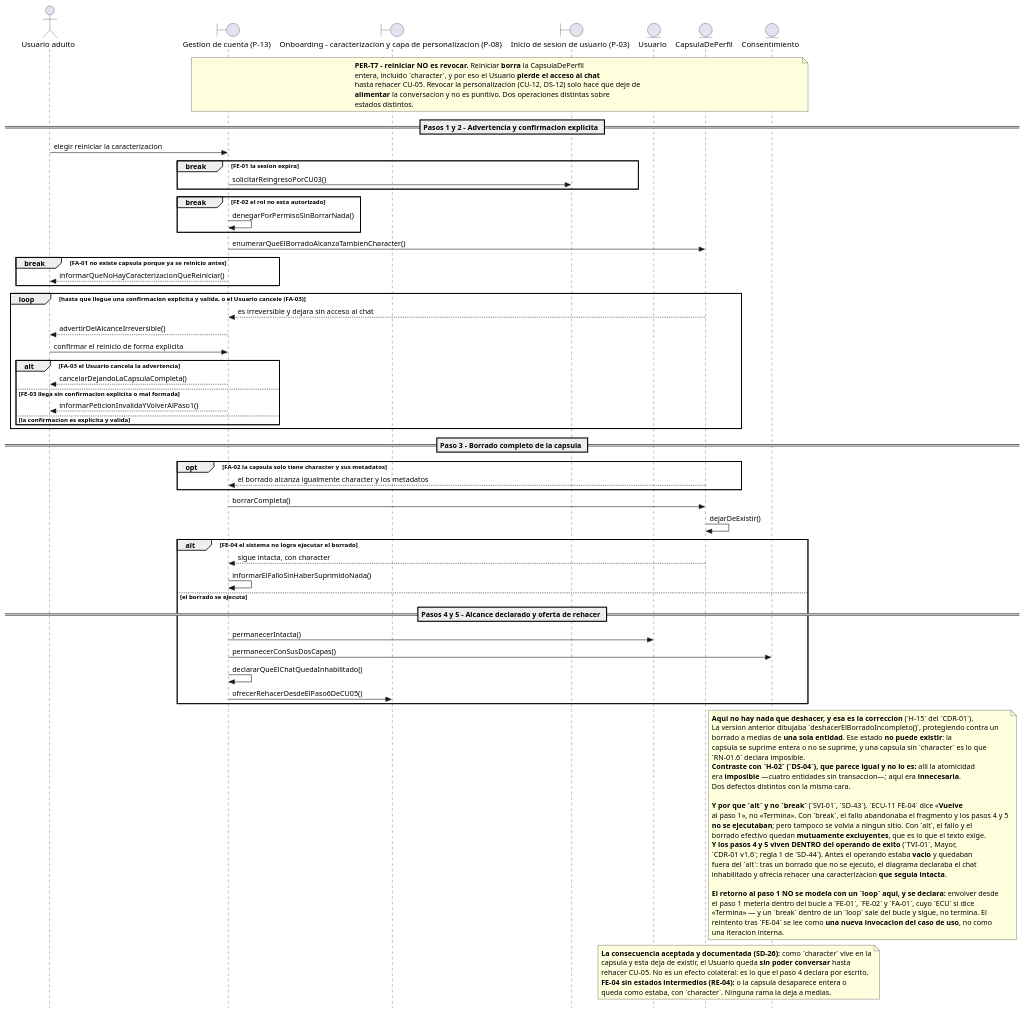
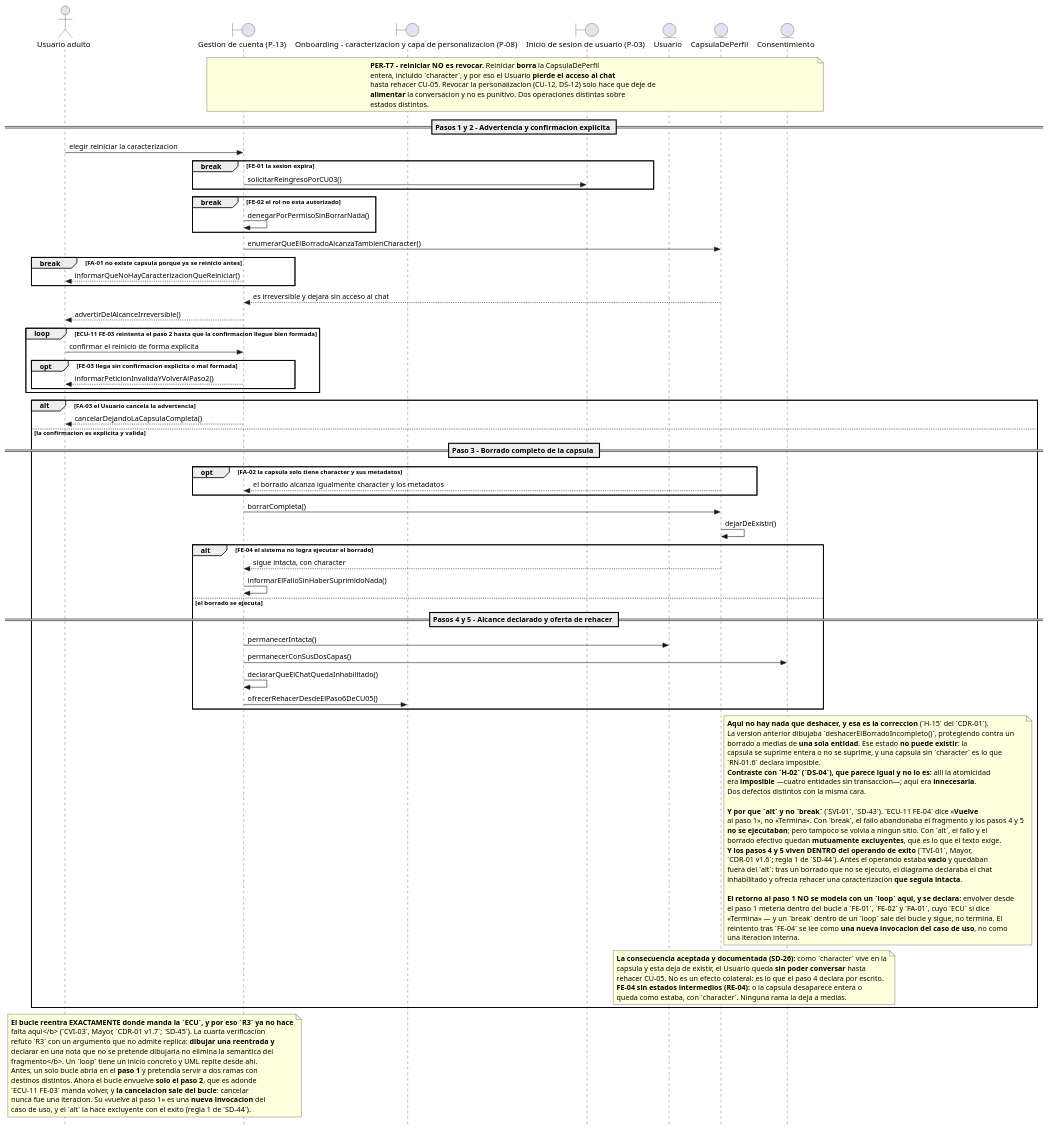
Before and after one commit to jonatan8254/alan-aura-academico: the diagram in docs/07_casos_uso/secuencia/puml/DS-11_secuencia_reiniciar_la_caracterizacion.puml, drawn with PlantUML. The commit also changed 39 other files, not shown here.

```diff
--- a/docs/07_casos_uso/secuencia/puml/DS-11_secuencia_reiniciar_la_caracterizacion.puml
+++ b/docs/07_casos_uso/secuencia/puml/DS-11_secuencia_reiniciar_la_caracterizacion.puml
@@ -1,142 +1,163 @@
 @startuml
 ' DS-11 - Secuencia de CU-11 «Reiniciar la caracterizacion»
+' v1.5 (CVI-03 del CDR-01 v1.7, SD-45): CVI-03: el `loop` se acota al paso 2 —adonde manda `ECU-11 FE-03`— y `FA-03` sale a un `alt`. SD-45-H1: la operacion decia el paso equivocado.
+'       R3 ya no hace falta aqui: el bucle reentra donde manda la ECU. La cuarta
+'       verificacion la refuto — dibujar una reentrada y declarar en nota que no se
+'       pretende dibujarla NO elimina la semantica del fragmento.
 ' v1.4 (TVI-01/03/04 del CDR-01 v1.6, SD-44): TVI-01: los pasos 4 y 5 pasan DENTRO del operando de exito de FE-04; la guarda nombra FA-03.
 '       CONVENCION SD-44 — R1: el sufijo de exito vive DENTRO de su operando.
 '       R2: un break dentro de un loop solo vale si lo que sigue al bucle es
 '       limpieza comun. R3: el punto de reentrada es normativo en la ECU y
 '       verificable en el CP; el diagrama NO lo dibuja. R4: la guarda nombra
 '       todas las salidas del bucle. Lo comprueba barrido_desenlaces.py.
 ' v1.3 (SVI-01 del CDR-01 v1.5, SD-43): FA-03 y FE-03 a `alt` dentro de un `loop`, y FE-04 a `alt` (ECU-11: los tres «Vuelve»).
 '       Tercer intento sobre la misma rama, y el primero que lee el DESENLACE de la
 '       ECU en vez de la categoria del flujo. `break` abandonaba; `opt` caia al exito;
 '       `break` otra vez (SD-41) se restauro alegando que la ECU decia «Termina», lo
 '       cual es FALSO. Y `loop` + `alt` (SD-43) tampoco bastaba: la TERCERA verificacion
 '       (TVI-01/02, CDR-01 v1.6) mostro que el operando de exito quedaba VACIO y la
 '       continuacion FUERA del alt, asi que el sufijo de exito se ejecutaba igual.
 '       SD-44 fija la convencion: el sufijo de exito vive DENTRO de su operando, y el
 '       punto exacto de reentrada es normativo en la ECU y verificable en el CP — el
 '       diagrama NO pretende dibujarlo. Los break legitimos quedan fuera del loop; dentro
 '       saldrian del
 '       bucle y seguirian ejecutando, en vez de terminar.
 ' v1.2 (VI-01 del CDR-01 v1.4, SD-41): FA-03, FE-03 y FE-04 vuelven de opt a BREAK.
 '       Criterio: estan a profundidad 0 —el fragmento envolvente es la interaccion
 '       entera— y su fila de ECU declara que el remanente NO se ejecuta. En UML 2.5
 '       `break` ejecuta su operando EN LUGAR DEL RESTO: es esa semantica exacta.
 '       `opt` solo saltaba su cuerpo y el flujo caia al exito.
 '       Consecuencia declarada: para estos casos el `break` ORIGINAL era correcto y
 '       esa parte de H-01 fue un falso positivo. Ver DS-00 §12.
 ' v1.1 (CDR-01): H-01 — FA-03, FE-03 y FE-04 pasan de break a opt.
 '       H-15 — FE-04 deja de deshacer un borrado parcial que sobre UNA entidad no puede existir.
 ' v1.0 (fase de diseno detallado, ICONIX paso 6)
 ' Insumos: DR-11 v2.0 (11 controladores), ECU-11 v2.0, MD-01 v1.4, DCU-01 v2.1,
 '          DIS-00 (P-13; destinos P-08, P-03), PER-01 v1.2 (PER-T7), RN-01.6.
 ' Capa de infraestructura: NO EJECUTADA por decision declarada (E-1 de DS-00).
 
 skinparam style strictuml
 skinparam shadowing false
 skinparam responseMessageBelowArrow true
 
 actor "Usuario adulto" as ACT_Usuario
 boundary "Gestion de cuenta (P-13)" as B_PaginaGestionCuenta
 boundary "Onboarding - caracterizacion y capa de personalizacion (P-08)" as B_PantallaCaracterizacion
 boundary "Inicio de sesion de usuario (P-03)" as B_PaginaInicioSesion
 entity "Usuario" as E_Usuario
 entity "CapsulaDePerfil" as E_CapsulaDePerfil
 entity "Consentimiento" as E_Consentimiento
 
 note over B_PaginaGestionCuenta, E_Consentimiento
   <b>PER-T7 - reiniciar NO es revocar.</b> Reiniciar <b>borra</b> la CapsulaDePerfil
   entera, incluido `character`, y por eso el Usuario <b>pierde el acceso al chat</b>
   hasta rehacer CU-05. Revocar la personalizacion (CU-12, DS-12) solo hace que deje de
   <b>alimentar</b> la conversacion y no es punitivo. Dos operaciones distintas sobre
   estados distintos.
 end note
 
 == Pasos 1 y 2 - Advertencia y confirmacion explicita ==
 
 ACT_Usuario -> B_PaginaGestionCuenta : elegir reiniciar la caracterizacion
 
 break FE-01 la sesion expira
   B_PaginaGestionCuenta -> B_PaginaInicioSesion : solicitarReingresoPorCU03()
 end
 
 break FE-02 el rol no esta autorizado
   B_PaginaGestionCuenta -> B_PaginaGestionCuenta : denegarPorPermisoSinBorrarNada()
 end
 
 B_PaginaGestionCuenta -> E_CapsulaDePerfil : enumerarQueElBorradoAlcanzaTambienCharacter()
 
 break FA-01 no existe capsula porque ya se reinicio antes
   B_PaginaGestionCuenta --> ACT_Usuario : informarQueNoHayCaracterizacionQueReiniciar()
 end
 
-loop hasta que llegue una confirmacion explicita y valida, o el Usuario cancele (FA-03)
-  E_CapsulaDePerfil --> B_PaginaGestionCuenta : es irreversible y dejara sin acceso al chat
-  B_PaginaGestionCuenta --> ACT_Usuario : advertirDelAlcanceIrreversible()
+E_CapsulaDePerfil --> B_PaginaGestionCuenta : es irreversible y dejara sin acceso al chat
+B_PaginaGestionCuenta --> ACT_Usuario : advertirDelAlcanceIrreversible()
+
+loop ECU-11 FE-03 reintenta el paso 2 hasta que la confirmacion llegue bien formada
   ACT_Usuario -> B_PaginaGestionCuenta : confirmar el reinicio de forma explicita
 
-  alt FA-03 el Usuario cancela la advertencia
-    B_PaginaGestionCuenta --> ACT_Usuario : cancelarDejandoLaCapsulaCompleta()
-  else FE-03 llega sin confirmacion explicita o mal formada
-    B_PaginaGestionCuenta --> ACT_Usuario : informarPeticionInvalidaYVolverAlPaso1()
-  else la confirmacion es explicita y valida
+  opt FE-03 llega sin confirmacion explicita o mal formada
+    B_PaginaGestionCuenta --> ACT_Usuario : informarPeticionInvalidaYVolverAlPaso2()
   end
 end
 
-== Paso 3 - Borrado completo de la capsula ==
+alt FA-03 el Usuario cancela la advertencia
+  B_PaginaGestionCuenta --> ACT_Usuario : cancelarDejandoLaCapsulaCompleta()
+else la confirmacion es explicita y valida
 
-opt FA-02 la capsula solo tiene character y sus metadatos
-  E_CapsulaDePerfil --> B_PaginaGestionCuenta : el borrado alcanza igualmente character y los metadatos
+  == Paso 3 - Borrado completo de la capsula ==
+
+  opt FA-02 la capsula solo tiene character y sus metadatos
+    E_CapsulaDePerfil --> B_PaginaGestionCuenta : el borrado alcanza igualmente character y los metadatos
+  end
+
+  B_PaginaGestionCuenta -> E_CapsulaDePerfil : borrarCompleta()
+  E_CapsulaDePerfil -> E_CapsulaDePerfil : dejarDeExistir()
+
+  alt FE-04 el sistema no logra ejecutar el borrado
+    E_CapsulaDePerfil --> B_PaginaGestionCuenta : sigue intacta, con character
+    B_PaginaGestionCuenta -> B_PaginaGestionCuenta : informarElFalloSinHaberSuprimidoNada()
+  else el borrado se ejecuta
+
+    == Pasos 4 y 5 - Alcance declarado y oferta de rehacer ==
+
+    B_PaginaGestionCuenta -> E_Usuario : permanecerIntacta()
+    B_PaginaGestionCuenta -> E_Consentimiento : permanecerConSusDosCapas()
+    B_PaginaGestionCuenta -> B_PaginaGestionCuenta : declararQueElChatQuedaInhabilitado()
+    B_PaginaGestionCuenta -> B_PantallaCaracterizacion : ofrecerRehacerDesdeElPaso6DeCU05()
+  end
+
+  note right of E_CapsulaDePerfil
+    <b>Aqui no hay nada que deshacer, y esa es la correccion</b> (`H-15` del `CDR-01`).
+    La version anterior dibujaba `deshacerElBorradoIncompleto()`, protegiendo contra un
+    borrado a medias de <b>una sola entidad</b>. Ese estado <b>no puede existir</b>: la
+    capsula se suprime entera o no se suprime, y una capsula sin `character` es lo que
+    `RN-01.6` declara imposible.
+    <b>Contraste con `H-02` (`DS-04`), que parece igual y no lo es:</b> alli la atomicidad
+    era <b>imposible</b> —cuatro entidades sin transaccion—; aqui era <b>innecesaria</b>.
+    Dos defectos distintos con la misma cara.
+
+    <b>Y por que `alt` y no `break`</b> (`SVI-01`, `SD-43`). `ECU-11 FE-04` dice «<b>Vuelve</b>
+    al paso 1», no «Termina». Con `break`, el fallo abandonaba el fragmento y los pasos 4 y 5
+    <b>no se ejecutaban</b>; pero tampoco se volvia a ningun sitio. Con `alt`, el fallo y el
+    borrado efectivo quedan <b>mutuamente excluyentes</b>, que es lo que el texto exige.
+    <b>Y los pasos 4 y 5 viven DENTRO del operando de exito</b> (`TVI-01`, Mayor,
+    `CDR-01 v1.6`; regla 1 de `SD-44`). Antes el operando estaba <b>vacio</b> y quedaban
+    fuera del `alt`: tras un borrado que no se ejecuto, el diagrama declaraba el chat
+    inhabilitado y ofrecia rehacer una caracterizacion <b>que seguia intacta</b>.
+
+    <b>El retorno al paso 1 NO se modela con un `loop` aqui, y se declara:</b> envolver desde
+    el paso 1 meteria dentro del bucle a `FE-01`, `FE-02` y `FA-01`, cuyo `ECU` si dice
+    «Termina» — y un `break` dentro de un `loop` sale del bucle y sigue, no termina. El
+    reintento tras `FE-04` se lee como <b>una nueva invocacion del caso de uso</b>, no como
+    una iteracion interna.
+  end note
+
+  note over E_CapsulaDePerfil, E_Consentimiento
+    <b>La consecuencia aceptada y documentada (SD-26):</b> como `character` vive en la
+    capsula y esta deja de existir, el Usuario queda <b>sin poder conversar</b> hasta
+    rehacer CU-05. No es un efecto colateral: es lo que el paso 4 declara por escrito.
+    <b>FE-04 sin estados intermedios (RE-04):</b> o la capsula desaparece entera o
+    queda como estaba, con `character`. Ninguna rama la deja a medias.
+  end note
+
 end
 
-B_PaginaGestionCuenta -> E_CapsulaDePerfil : borrarCompleta()
-E_CapsulaDePerfil -> E_CapsulaDePerfil : dejarDeExistir()
-
-alt FE-04 el sistema no logra ejecutar el borrado
-  E_CapsulaDePerfil --> B_PaginaGestionCuenta : sigue intacta, con character
-  B_PaginaGestionCuenta -> B_PaginaGestionCuenta : informarElFalloSinHaberSuprimidoNada()
-else el borrado se ejecuta
-
-  == Pasos 4 y 5 - Alcance declarado y oferta de rehacer ==
-
-  B_PaginaGestionCuenta -> E_Usuario : permanecerIntacta()
-  B_PaginaGestionCuenta -> E_Consentimiento : permanecerConSusDosCapas()
-  B_PaginaGestionCuenta -> B_PaginaGestionCuenta : declararQueElChatQuedaInhabilitado()
-  B_PaginaGestionCuenta -> B_PantallaCaracterizacion : ofrecerRehacerDesdeElPaso6DeCU05()
-end
-
-note right of E_CapsulaDePerfil
-  <b>Aqui no hay nada que deshacer, y esa es la correccion</b> (`H-15` del `CDR-01`).
-  La version anterior dibujaba `deshacerElBorradoIncompleto()`, protegiendo contra un
-  borrado a medias de <b>una sola entidad</b>. Ese estado <b>no puede existir</b>: la
-  capsula se suprime entera o no se suprime, y una capsula sin `character` es lo que
-  `RN-01.6` declara imposible.
-  <b>Contraste con `H-02` (`DS-04`), que parece igual y no lo es:</b> alli la atomicidad
-  era <b>imposible</b> —cuatro entidades sin transaccion—; aqui era <b>innecesaria</b>.
-  Dos defectos distintos con la misma cara.
-
-  <b>Y por que `alt` y no `break`</b> (`SVI-01`, `SD-43`). `ECU-11 FE-04` dice «<b>Vuelve</b>
-  al paso 1», no «Termina». Con `break`, el fallo abandonaba el fragmento y los pasos 4 y 5
-  <b>no se ejecutaban</b>; pero tampoco se volvia a ningun sitio. Con `alt`, el fallo y el
-  borrado efectivo quedan <b>mutuamente excluyentes</b>, que es lo que el texto exige.
-  <b>Y los pasos 4 y 5 viven DENTRO del operando de exito</b> (`TVI-01`, Mayor,
-  `CDR-01 v1.6`; regla 1 de `SD-44`). Antes el operando estaba <b>vacio</b> y quedaban
-  fuera del `alt`: tras un borrado que no se ejecuto, el diagrama declaraba el chat
-  inhabilitado y ofrecia rehacer una caracterizacion <b>que seguia intacta</b>.
-
-  <b>El retorno al paso 1 NO se modela con un `loop` aqui, y se declara:</b> envolver desde
-  el paso 1 meteria dentro del bucle a `FE-01`, `FE-02` y `FA-01`, cuyo `ECU` si dice
-  «Termina» — y un `break` dentro de un `loop` sale del bucle y sigue, no termina. El
-  reintento tras `FE-04` se lee como <b>una nueva invocacion del caso de uso</b>, no como
-  una iteracion interna.
-end note
-
-note over E_CapsulaDePerfil, E_Consentimiento
-  <b>La consecuencia aceptada y documentada (SD-26):</b> como `character` vive en la
-  capsula y esta deja de existir, el Usuario queda <b>sin poder conversar</b> hasta
-  rehacer CU-05. No es un efecto colateral: es lo que el paso 4 declara por escrito.
-  <b>FE-04 sin estados intermedios (RE-04):</b> o la capsula desaparece entera o
-  queda como estaba, con `character`. Ninguna rama la deja a medias.
+note over ACT_Usuario, B_PaginaGestionCuenta
+  <b>El bucle reentra EXACTAMENTE donde manda la `ECU`, y por eso `R3` ya no hace
+  falta aqui</b> (`CVI-03`, Mayor, `CDR-01 v1.7`; `SD-45`). La cuarta verificacion
+  refuto `R3` con un argumento que no admite replica: <b>dibujar una reentrada y
+  declarar en una nota que no se pretende dibujarla no elimina la semantica del
+  fragmento</b>. Un `loop` tiene un inicio concreto y UML repite desde ahi.
+  Antes, un solo bucle abria en el <b>paso 1</b> y pretendia servir a dos ramas con
+  destinos distintos. Ahora el bucle envuelve <b>solo el paso 2</b>, que es adonde
+  `ECU-11 FE-03` manda volver, y <b>la cancelacion sale del bucle</b>: cancelar
+  nunca fue una iteracion. Su «vuelve al paso 1» es una <b>nueva invocacion</b> del
+  caso de uso, y el `alt` la hace excluyente con el exito (regla 1 de `SD-44`).
 end note
 
 @enduml
```
